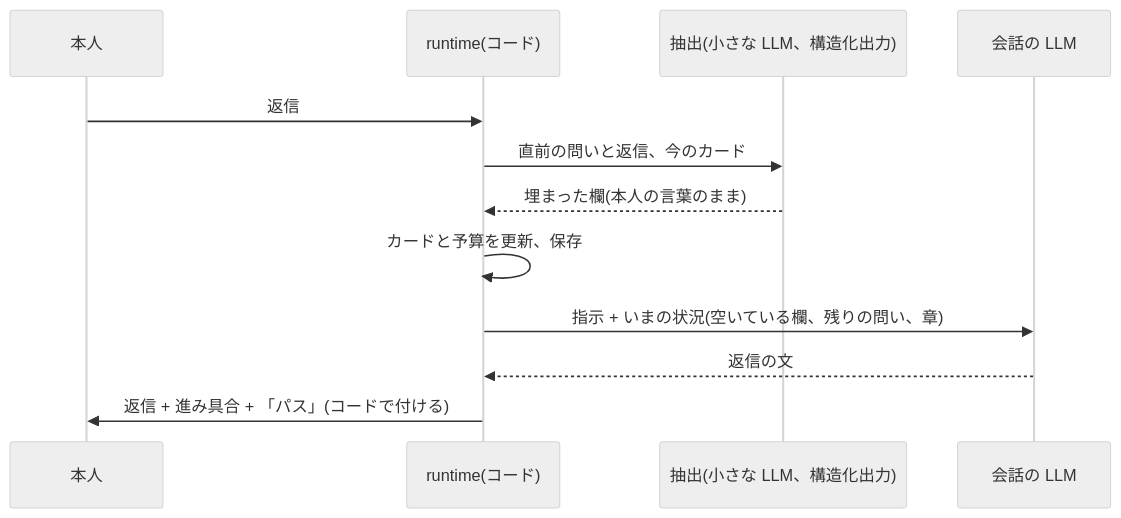
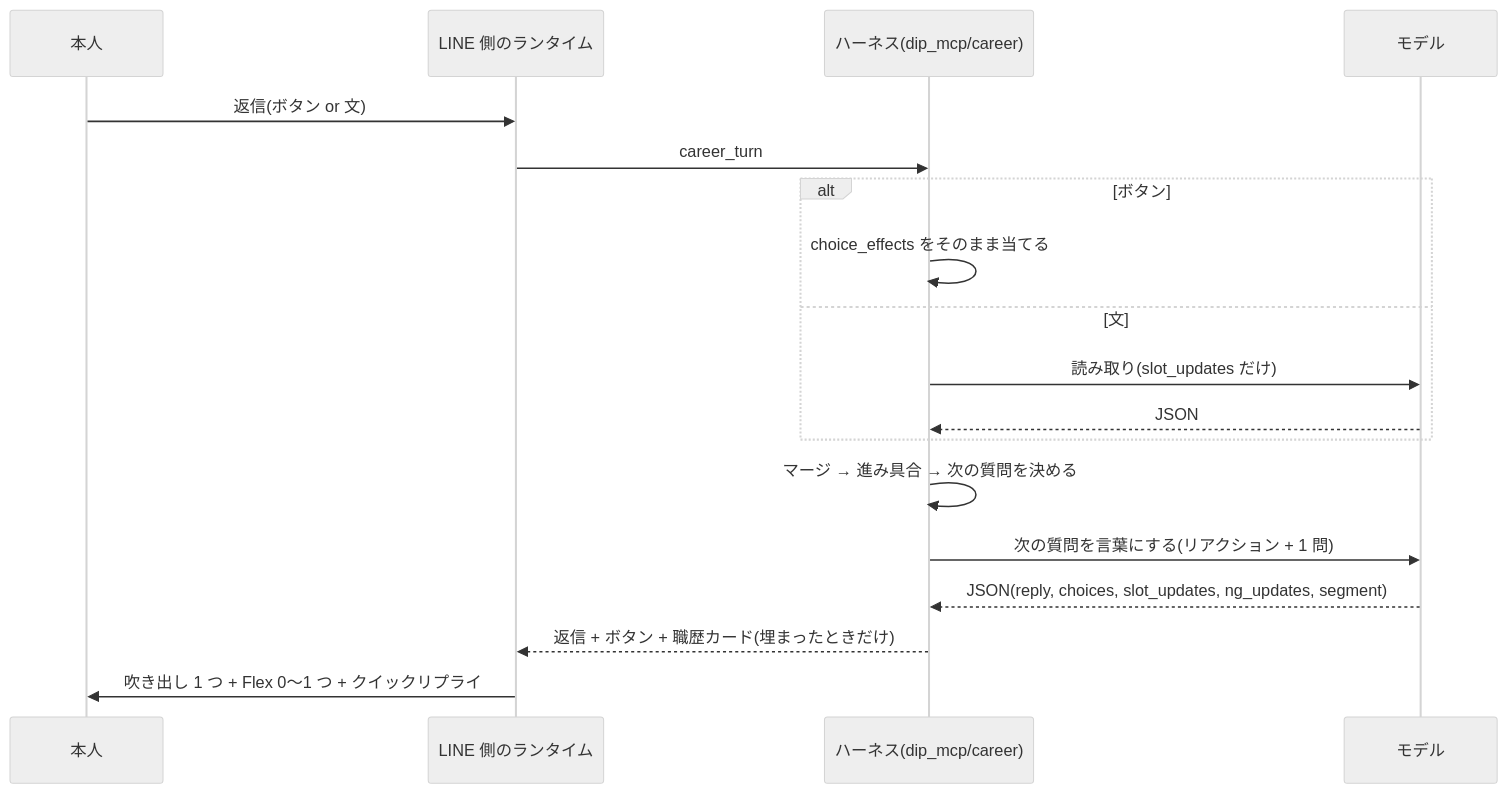
The diagram in docs/design/fulltime-hearing.md (jyoka/aica), drawn with Mermaid (neutral theme) before and after one commit. The commit also changed other lines of this file, not shown here.

````diff
--- a/docs/design/fulltime-hearing.md
+++ b/docs/design/fulltime-hearing.md
@@ -117,14 +39,20 @@
 ```mermaid
 sequenceDiagram
     participant U as 本人
-    participant R as runtime(コード)
-    participant X as 抽出(小さな LLM、構造化出力)
-    participant A as 会話の LLM
-    U->>R: 返信
-    R->>X: 直前の問いと返信、今のカード
-    X-->>R: 埋まった欄(本人の言葉のまま)
-    R->>R: カードと予算を更新、保存
-    R->>A: 指示 + いまの状況(空いている欄、残りの問い、章)
-    A-->>R: 返信の文
-    R->>U: 返信 + 進み具合 + 「パス」(コードで付ける)
+    participant R as LINE 側のランタイム
+    participant H as ハーネス(dip_mcp/career)
+    participant M as モデル
+    U->>R: 返信(ボタン or 文)
+    R->>H: career_turn
+    alt ボタン
+        H->>H: choice_effects をそのまま当てる
+    else 文
+        H->>M: 読み取り(slot_updates だけ)
+        M-->>H: JSON
+    end
+    H->>H: マージ → 進み具合 → 次の質問を決める
+    H->>M: 次の質問を言葉にする(リアクション + 1 問)
+    M-->>H: JSON(reply, choices, slot_updates, ng_updates, segment)
+    H-->>R: 返信 + ボタン + 職歴カード(埋まったときだけ)
+    R->>U: 吹き出し 1 つ + Flex 0〜1 つ + クイックリプライ
 ```
````
